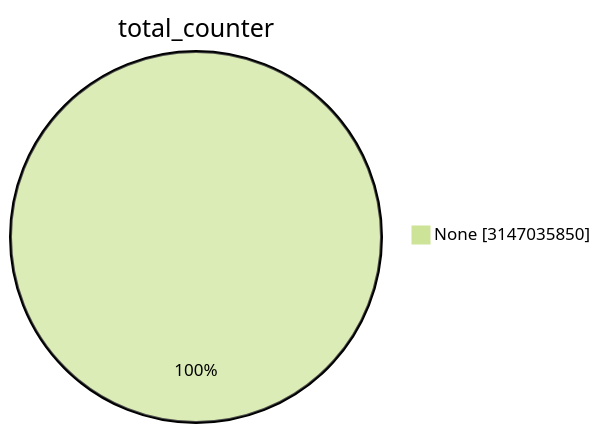
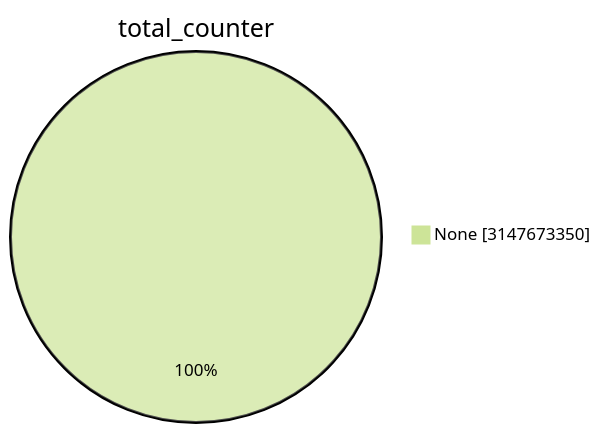
The first of 15 diagrams in TOTAL/README.md (christiankrug/ctmonitor_visualization), drawn with Mermaid (forest theme) before and after one commit. The commit also changed other lines of this file, not shown here.

````diff
--- a/TOTAL/README.md
+++ b/TOTAL/README.md
@@ -1,5 +1,5 @@
 ```mermaid
 pie showData
 title total_counter
-"None" :3147035850
+"None" :3147673350
 ```
````
